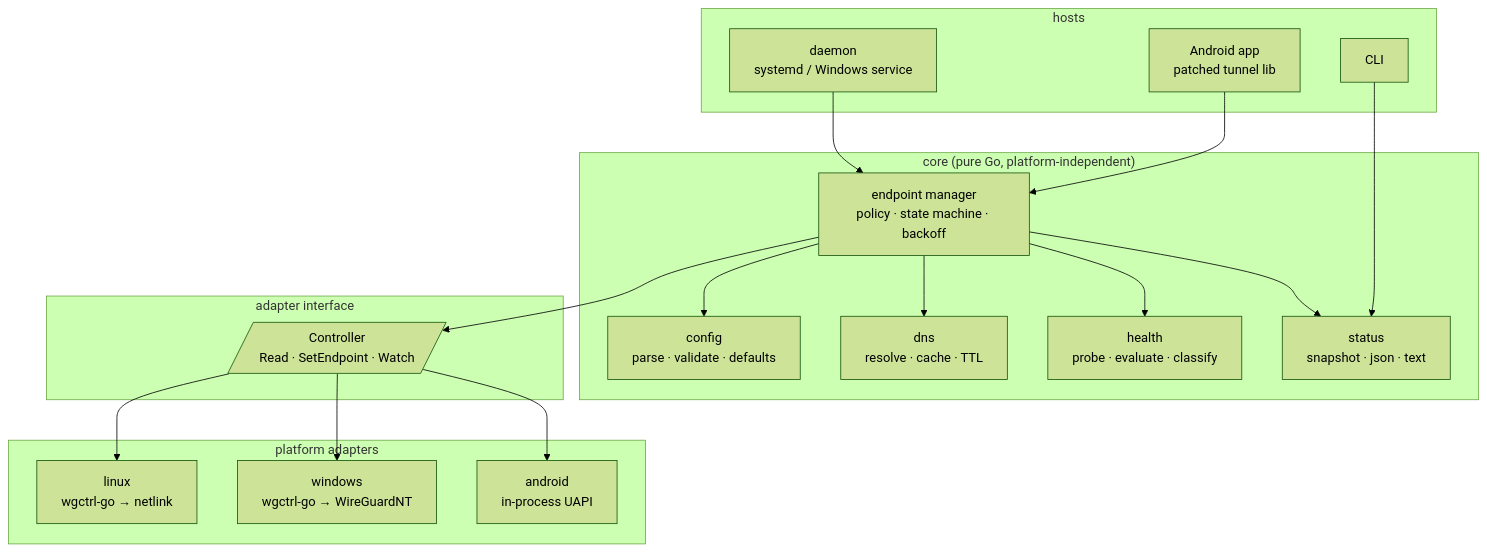
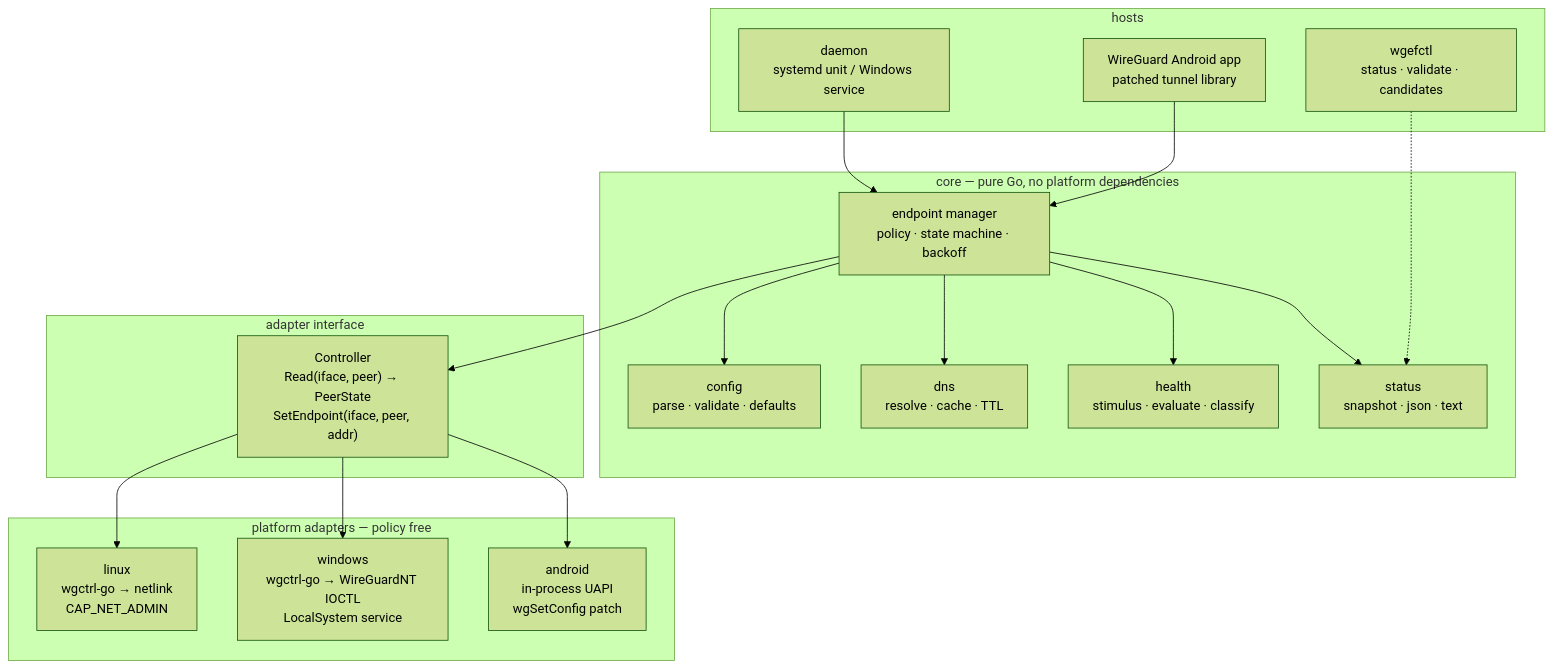
Before and after one commit to IFindMe/wg-endpoint-failover: the first of 2 diagrams in docs/architecture/overview.md, drawn with Mermaid (forest theme). The commit also changed other lines of this file and 2 other files, not shown here.

First line of the commit message:
docs: sync embedded diagrams with .mmd sources; complete Android defaults table

````diff
--- a/docs/architecture/overview.md
+++ b/docs/architecture/overview.md
@@ -107,38 +107,39 @@
 ```mermaid
+
 flowchart TB
-    subgraph core["core (pure Go, platform-independent)"]
-        CFG[config<br/>parse · validate · defaults]
-        DNS[dns<br/>resolve · cache · TTL]
-        HM[health<br/>probe · evaluate · classify]
-        EM[endpoint manager<br/>policy · state machine · backoff]
-        ST[status<br/>snapshot · json · text]
+    subgraph core["core — pure Go, no platform dependencies"]
+        CFG["config<br/>parse · validate · defaults"]
+        DNS["dns<br/>resolve · cache · TTL"]
+        HM["health<br/>stimulus · evaluate · classify"]
+        EM["endpoint manager<br/>policy · state machine · backoff"]
+        ST["status<br/>snapshot · json · text"]
     end
 
     subgraph iface["adapter interface"]
-        AD[/Controller<br/>Read · SetEndpoint · Watch/]
+        AD["Controller<br/>Read(iface, peer) → PeerState<br/>SetEndpoint(iface, peer, addr)"]
     end
 
-    subgraph adapters["platform adapters"]
-        L[linux<br/>wgctrl-go → netlink]
-        W[windows<br/>wgctrl-go → WireGuardNT]
-        A[android<br/>in-process UAPI]
+    subgraph adapters["platform adapters — policy free"]
+        L["linux<br/>wgctrl-go → netlink<br/>CAP_NET_ADMIN"]
+        W["windows<br/>wgctrl-go → WireGuardNT IOCTL<br/>LocalSystem service"]
+        A["android<br/>in-process UAPI<br/>wgSetConfig patch"]
     end
 
     subgraph hosts["hosts"]
-        D[daemon<br/>systemd / Windows service]
-        CLI[CLI]
-        APP[Android app<br/>patched tunnel lib]
+        D["daemon<br/>systemd unit / Windows service"]
+        CLI["wgefctl<br/>status · validate · candidates"]
+        APP["WireGuard Android app<br/>patched tunnel library"]
     end
 
     EM --> HM
     EM --> DNS
     EM --> CFG
     EM --> ST
     EM --> AD
     AD --> L
     AD --> W
     AD --> A
     D --> EM
-    CLI --> ST
+    CLI -.-> ST
     APP --> EM
 ```
````
